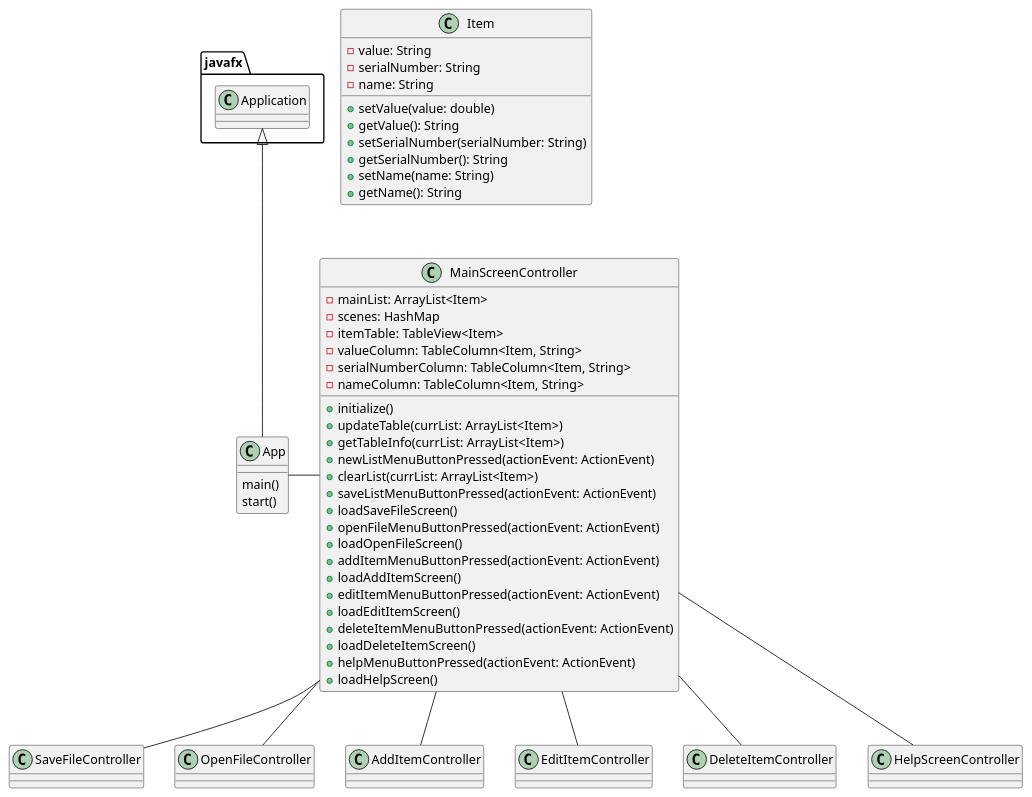
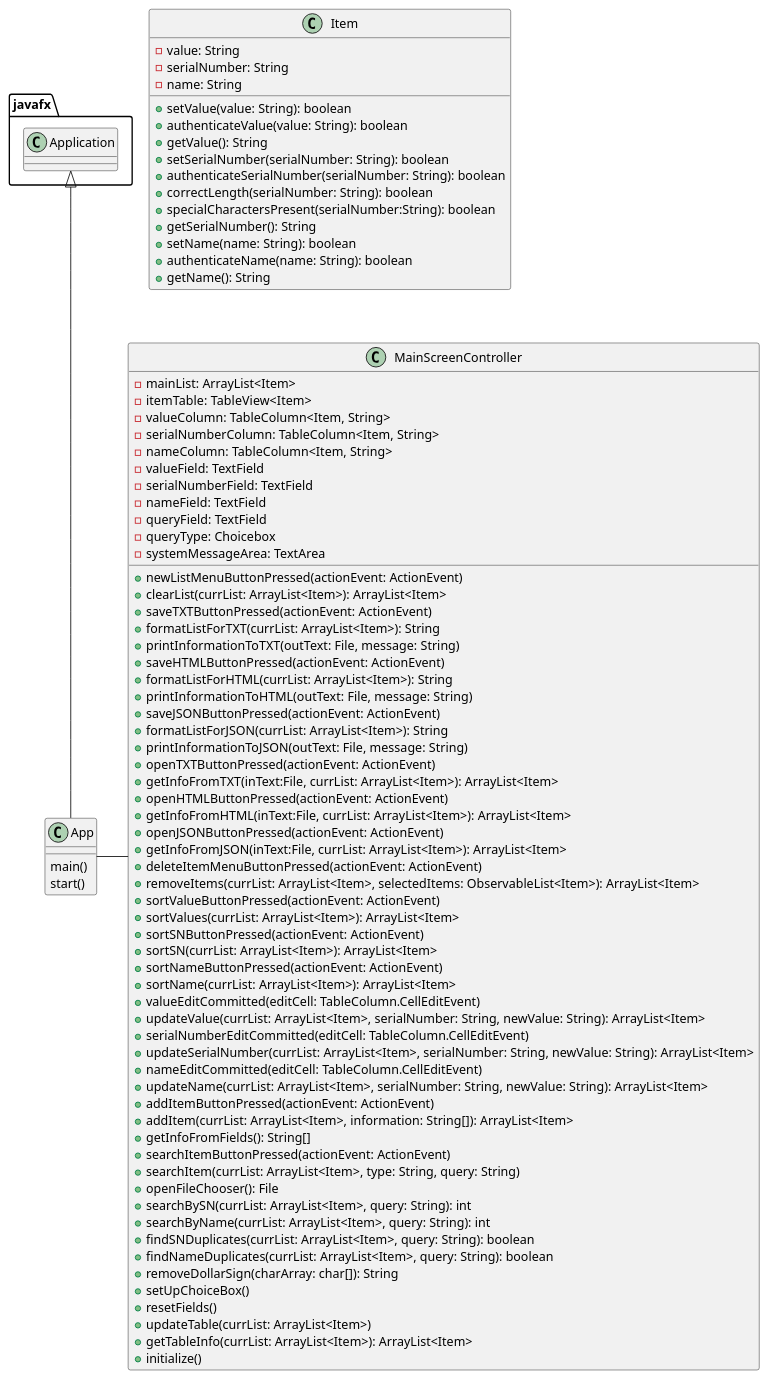
Before and after one commit to ashley-m0/OOP-Assignment5: the diagram in uml/AppDiagram.puml, drawn with PlantUML. The commit also changed 1 other file, not shown here.

Commit message:
Update 8 - Fix PlantUML

```diff
--- a/uml/AppDiagram.puml
+++ b/uml/AppDiagram.puml
@@ -1,64 +1,91 @@
 @startuml
 
 class App{
     main()
     start()
 }
 
 class Item{
     - value: String
     - serialNumber: String
     - name: String
 
-    + setValue(value: double)
+    + setValue(value: String): boolean
+    + authenticateValue(value: String): boolean
     + getValue(): String
-    + setSerialNumber(serialNumber: String)
+    + setSerialNumber(serialNumber: String): boolean
+    + authenticateSerialNumber(serialNumber: String): boolean
+    + correctLength(serialNumber: String): boolean
+    + specialCharactersPresent(serialNumber:String): boolean
     + getSerialNumber(): String
-    + setName(name: String)
+    + setName(name: String): boolean
+    + authenticateName(name: String): boolean
     + getName(): String
 }
 
 class MainScreenController{
     - mainList: ArrayList<Item>
-    - scenes: HashMap
     - itemTable: TableView<Item>
     - valueColumn: TableColumn<Item, String>
     - serialNumberColumn: TableColumn<Item, String>
     - nameColumn: TableColumn<Item, String>
+    - valueField: TextField
+    - serialNumberField: TextField
+    - nameField: TextField
+    - queryField: TextField
+    - queryType: Choicebox
+    - systemMessageArea: TextArea
 
+    + newListMenuButtonPressed(actionEvent: ActionEvent)
+    + clearList(currList: ArrayList<Item>): ArrayList<Item>
+    + saveTXTButtonPressed(actionEvent: ActionEvent)
+    + formatListForTXT(currList: ArrayList<Item>): String
+    + printInformationToTXT(outText: File, message: String)
+    + saveHTMLButtonPressed(actionEvent: ActionEvent)
+    + formatListForHTML(currList: ArrayList<Item>): String
+    + printInformationToHTML(outText: File, message: String)
+    + saveJSONButtonPressed(actionEvent: ActionEvent)
+    + formatListForJSON(currList: ArrayList<Item>): String
+    + printInformationToJSON(outText: File, message: String)
+    + openTXTButtonPressed(actionEvent: ActionEvent)
+    + getInfoFromTXT(inText:File, currList: ArrayList<Item>): ArrayList<Item>
+    + openHTMLButtonPressed(actionEvent: ActionEvent)
+    + getInfoFromHTML(inText:File, currList: ArrayList<Item>): ArrayList<Item>
+    + openJSONButtonPressed(actionEvent: ActionEvent)
+    + getInfoFromJSON(inText:File, currList: ArrayList<Item>): ArrayList<Item>
+    + deleteItemMenuButtonPressed(actionEvent: ActionEvent)
+    + removeItems(currList: ArrayList<Item>, selectedItems: ObservableList<Item>): ArrayList<Item>
+    + sortValueButtonPressed(actionEvent: ActionEvent)
+    + sortValues(currList: ArrayList<Item>): ArrayList<Item>
+    + sortSNButtonPressed(actionEvent: ActionEvent)
+    + sortSN(currList: ArrayList<Item>): ArrayList<Item>
+    + sortNameButtonPressed(actionEvent: ActionEvent)
+    + sortName(currList: ArrayList<Item>): ArrayList<Item>
+    + valueEditCommitted(editCell: TableColumn.CellEditEvent)
+    + updateValue(currList: ArrayList<Item>, serialNumber: String, newValue: String): ArrayList<Item>
+    + serialNumberEditCommitted(editCell: TableColumn.CellEditEvent)
+    + updateSerialNumber(currList: ArrayList<Item>, serialNumber: String, newValue: String): ArrayList<Item>
+    + nameEditCommitted(editCell: TableColumn.CellEditEvent)
+    + updateName(currList: ArrayList<Item>, serialNumber: String, newValue: String): ArrayList<Item>
+    + addItemButtonPressed(actionEvent: ActionEvent)
+    + addItem(currList: ArrayList<Item>, information: String[]): ArrayList<Item>
+    + getInfoFromFields(): String[]
+    + searchItemButtonPressed(actionEvent: ActionEvent)
+    + searchItem(currList: ArrayList<Item>, type: String, query: String)
+    + openFileChooser(): File
+    + searchBySN(currList: ArrayList<Item>, query: String): int
+    + searchByName(currList: ArrayList<Item>, query: String): int
+    + findSNDuplicates(currList: ArrayList<Item>, query: String): boolean
+    + findNameDuplicates(currList: ArrayList<Item>, query: String): boolean
+    + removeDollarSign(charArray: char[]): String
+    + setUpChoiceBox()
+    + resetFields()
+    + updateTable(currList: ArrayList<Item>)
+    + getTableInfo(currList: ArrayList<Item>): ArrayList<Item>
     + initialize()
-    + updateTable(currList: ArrayList<Item>)
-    + getTableInfo(currList: ArrayList<Item>)
-    + newListMenuButtonPressed(actionEvent: ActionEvent)
-    + clearList(currList: ArrayList<Item>)
-    + saveListMenuButtonPressed(actionEvent: ActionEvent)
-    + loadSaveFileScreen()
-    + openFileMenuButtonPressed(actionEvent: ActionEvent)
-    + loadOpenFileScreen()
-    + addItemMenuButtonPressed(actionEvent: ActionEvent)
-    + loadAddItemScreen()
-    + editItemMenuButtonPressed(actionEvent: ActionEvent)
-    + loadEditItemScreen()
-    + deleteItemMenuButtonPressed(actionEvent: ActionEvent)
-    + loadDeleteItemScreen()
-    + helpMenuButtonPressed(actionEvent: ActionEvent)
-    + loadHelpScreen()
 }
 
-class SaveFileController{}
-class OpenFileController{}
-class AddItemController{}
-class EditItemController{}
-class DeleteItemController{}
-class HelpScreenController{}
 
 javafx.Application <|-- App
-
 App - MainScreenController
-MainScreenController -- SaveFileController
-MainScreenController -- OpenFileController
-MainScreenController -- AddItemController
-MainScreenController -- EditItemController
-MainScreenController -- DeleteItemController
-MainScreenController -- HelpScreenController
 @enduml
```
